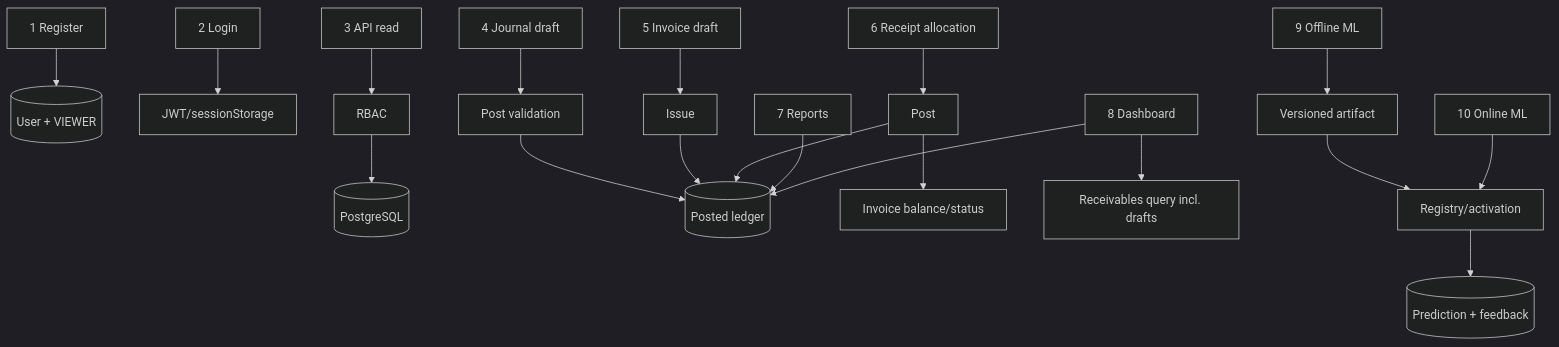
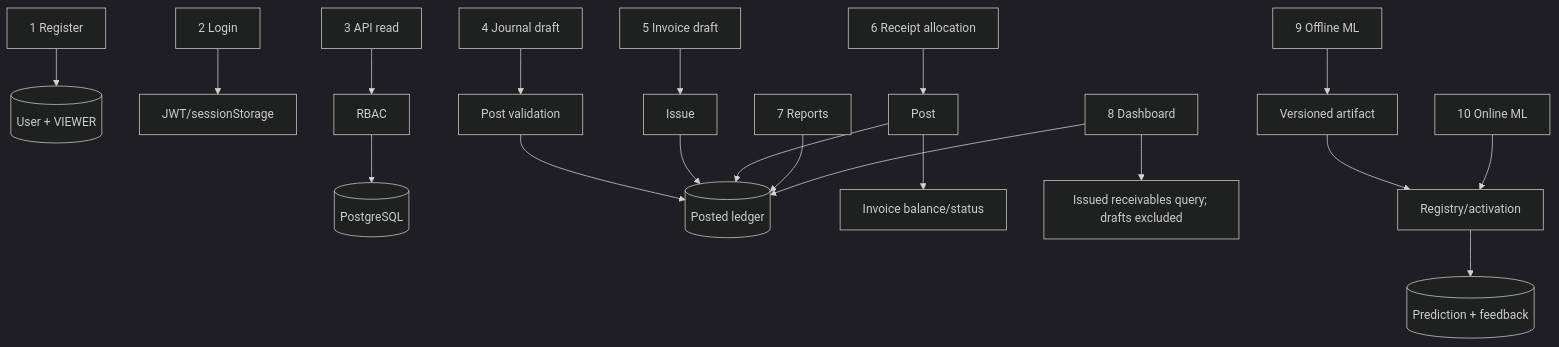
Diagram 11 of 15 in HOW_THE_PROJECT_WORKS.md (koushan123/azari-web-app), drawn with Mermaid (dark theme) before and after one commit. The commit also changed other lines of this file and 18 other files, not shown here.

````diff
--- a/HOW_THE_PROJECT_WORKS.md
+++ b/HOW_THE_PROJECT_WORKS.md
@@ -767,15 +766,15 @@
 ```mermaid
 flowchart TB
     F1[1 Register] --> U[(User + VIEWER)]
     F2[2 Login] --> JWT[JWT/sessionStorage]
     F3[3 API read] --> RBAC[RBAC] --> DB[(PostgreSQL)]
     F4[4 Journal draft] --> POST[Post validation] --> LEDGER[(Posted ledger)]
     F5[5 Invoice draft] --> ISSUE[Issue] --> LEDGER
     F6[6 Receipt allocation] --> PAY[Post] --> LEDGER
     PAY --> BAL[Invoice balance/status]
     F7[7 Reports] --> LEDGER
     F8[8 Dashboard] --> LEDGER
-    F8 --> REC[Receivables query incl. drafts]
+    F8 --> REC[Issued receivables query; drafts excluded]
     F9[9 Offline ML] --> ART[Versioned artifact] --> REG[Registry/activation]
     F10[10 Online ML] --> REG --> PRED[(Prediction + feedback)]
 ```
````
